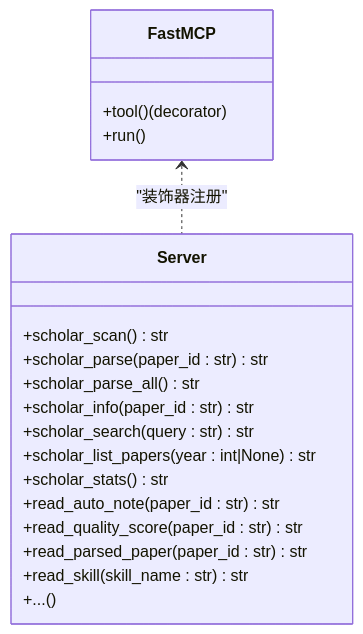
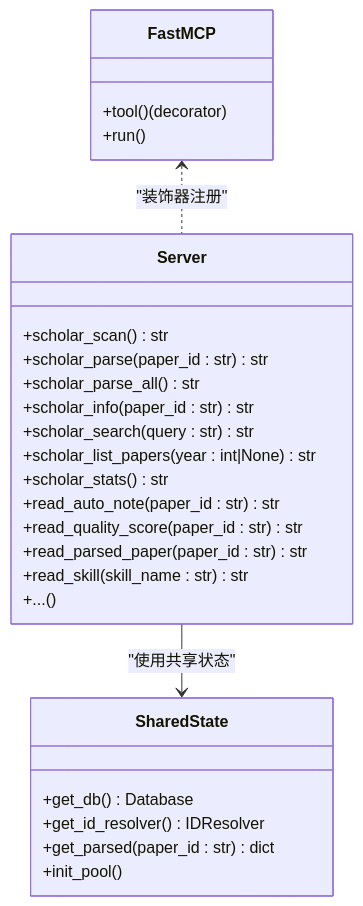
Before and after one commit to 1173591564/academic-based-qoder: the third of 5 diagrams in .qoder/repowiki/zh/content/API参考文档/MCP工具API.md, drawn with Mermaid. The commit also changed other lines of this file and 80 other files, not shown here.

````diff
--- a/.qoder/repowiki/zh/content/API参考文档/MCP工具API.md
+++ b/.qoder/repowiki/zh/content/API参考文档/MCP工具API.md
@@ -168,22 +185,29 @@
 ```mermaid
 classDiagram
 class FastMCP {
 +tool()(decorator)
 +run()
 }
 class Server {
 +scholar_scan() str
 +scholar_parse(paper_id : str) str
 +scholar_parse_all() str
 +scholar_info(paper_id : str) str
 +scholar_search(query : str) str
 +scholar_list_papers(year : int|None) str
 +scholar_stats() str
 +read_auto_note(paper_id : str) str
 +read_quality_score(paper_id : str) str
 +read_parsed_paper(paper_id : str) str
 +read_skill(skill_name : str) str
 +...()
 }
+class SharedState {
++get_db() Database
++get_id_resolver() IDResolver
++get_parsed(paper_id : str) dict
++init_pool()
+}
 FastMCP <.. Server : "装饰器注册"
+Server --> SharedState : "使用共享状态"
 ```
````
